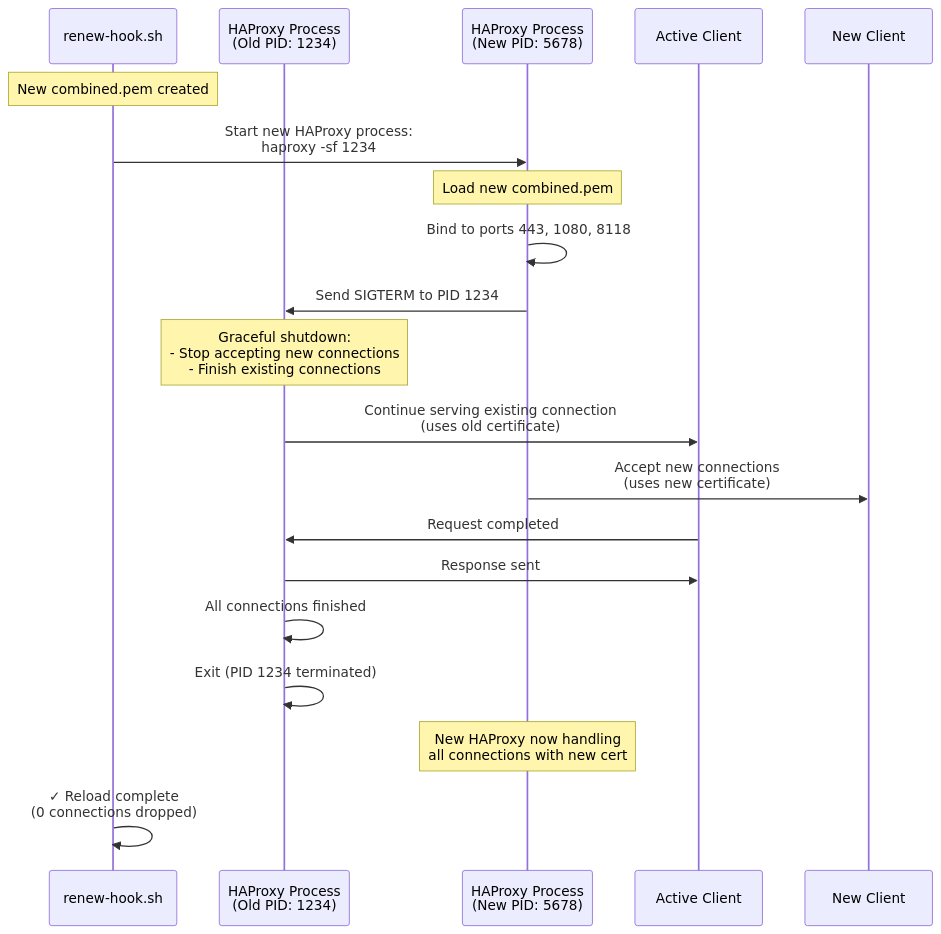
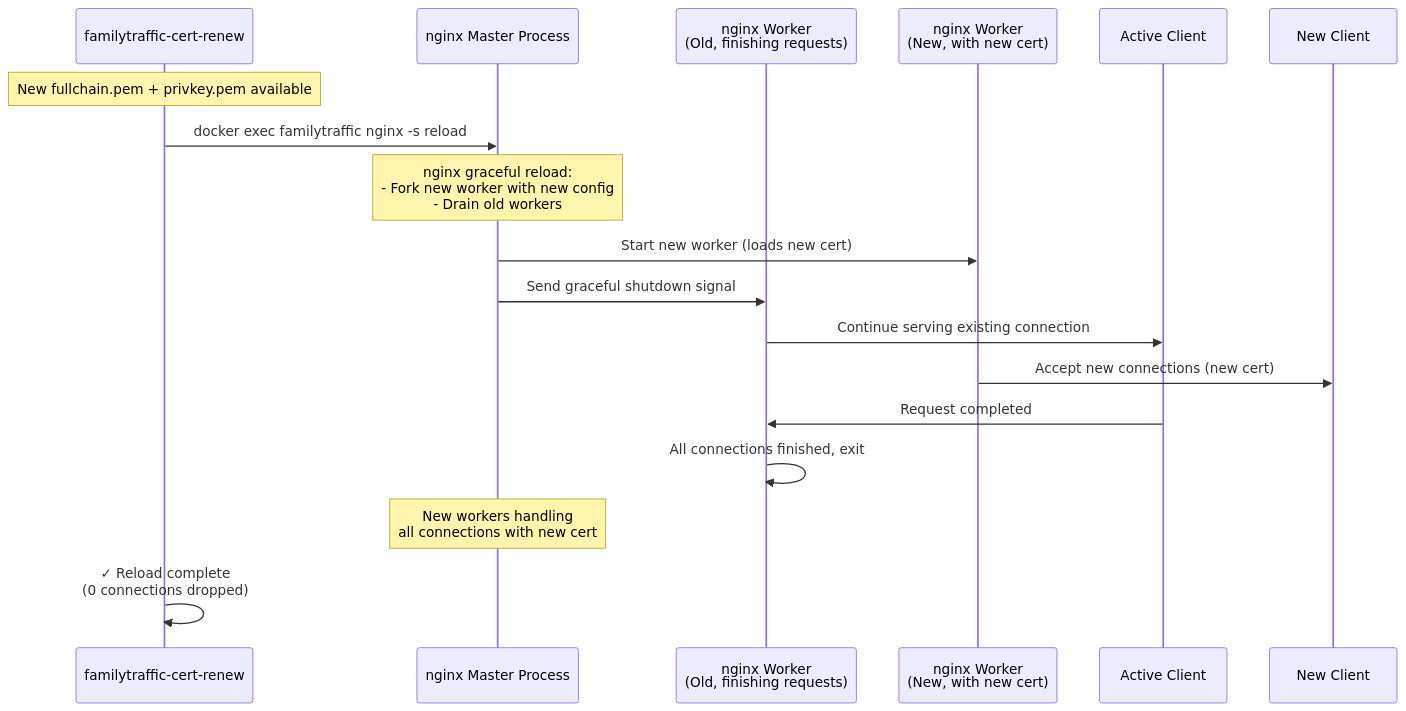
Before and after one commit to ikeniborn/vless: the sixth of 8 diagrams in docs/architecture/diagrams/sequences/cert-renewal.md, drawn with Mermaid. The commit also changed other lines of this file and 24 other files, not shown here.

````diff
--- a/docs/architecture/diagrams/sequences/cert-renewal.md
+++ b/docs/architecture/diagrams/sequences/cert-renewal.md
@@ -218,33 +206,28 @@
 ```mermaid
 sequenceDiagram
-    participant Renew as renew-hook.sh
-    participant OldHAProxy as HAProxy Process<br/>(Old PID: 1234)
-    participant NewHAProxy as HAProxy Process<br/>(New PID: 5678)
+    participant DeployHook as familytraffic-cert-renew
+    participant NginxMaster as nginx Master Process
+    participant NginxWorker1 as nginx Worker<br/>(Old, finishing requests)
+    participant NginxWorker2 as nginx Worker<br/>(New, with new cert)
     participant Client1 as Active Client #1
     participant Client2 as New Client #2
 
-    Note over Renew: New combined.pem created
+    Note over DeployHook: New fullchain.pem + privkey.pem available
 
-    Renew->>NewHAProxy: Start new HAProxy process:<br/>haproxy -sf 1234
+    DeployHook->>NginxMaster: docker exec familytraffic nginx -s reload
 
-    Note over NewHAProxy: Load new combined.pem
+    Note over NginxMaster: nginx graceful reload:<br/>- Fork new worker with new config<br/>- Drain old workers
 
-    NewHAProxy->>NewHAProxy: Bind to ports 443, 1080, 8118
-    NewHAProxy->>OldHAProxy: Send SIGTERM to PID 1234
+    NginxMaster->>NginxWorker2: Start new worker (loads new cert)
+    NginxMaster->>NginxWorker1: Send graceful shutdown signal
 
-    Note over OldHAProxy: Graceful shutdown:<br/>- Stop accepting new connections<br/>- Finish existing connections
+    NginxWorker1->>Client1: Continue serving existing connection
+    NginxWorker2->>Client2: Accept new connections (new cert)
 
-    OldHAProxy->>Client1: Continue serving existing connection<br/>(uses old certificate)
+    Client1->>NginxWorker1: Request completed
+    NginxWorker1->>NginxWorker1: All connections finished, exit
 
-    NewHAProxy->>Client2: Accept new connections<br/>(uses new certificate)
+    Note over NginxMaster: New workers handling<br/>all connections with new cert
 
-    Client1->>OldHAProxy: Request completed
-    OldHAProxy->>Client1: Response sent
-    OldHAProxy->>OldHAProxy: All connections finished
-
-    OldHAProxy->>OldHAProxy: Exit (PID 1234 terminated)
-
-    Note over NewHAProxy: New HAProxy now handling<br/>all connections with new cert
-
-    Renew->>Renew: ✓ Reload complete<br/>(0 connections dropped)
+    DeployHook->>DeployHook: ✓ Reload complete<br/>(0 connections dropped)
 ```
````
